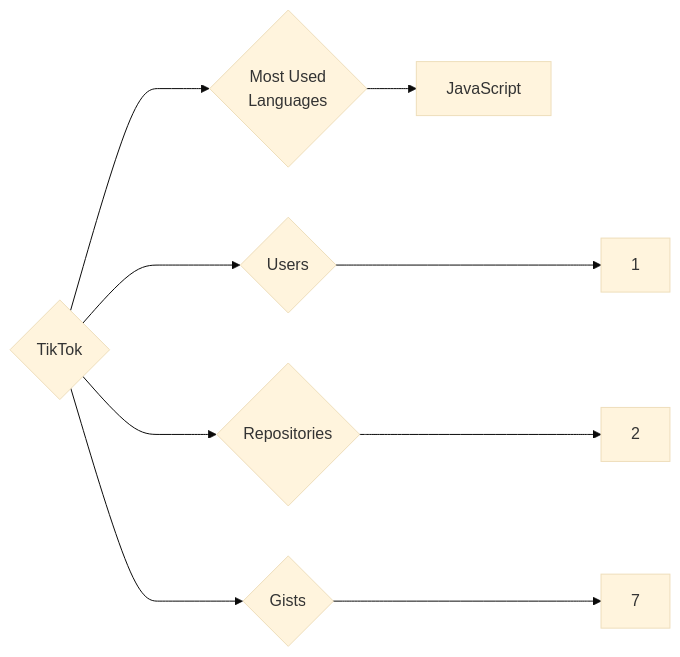
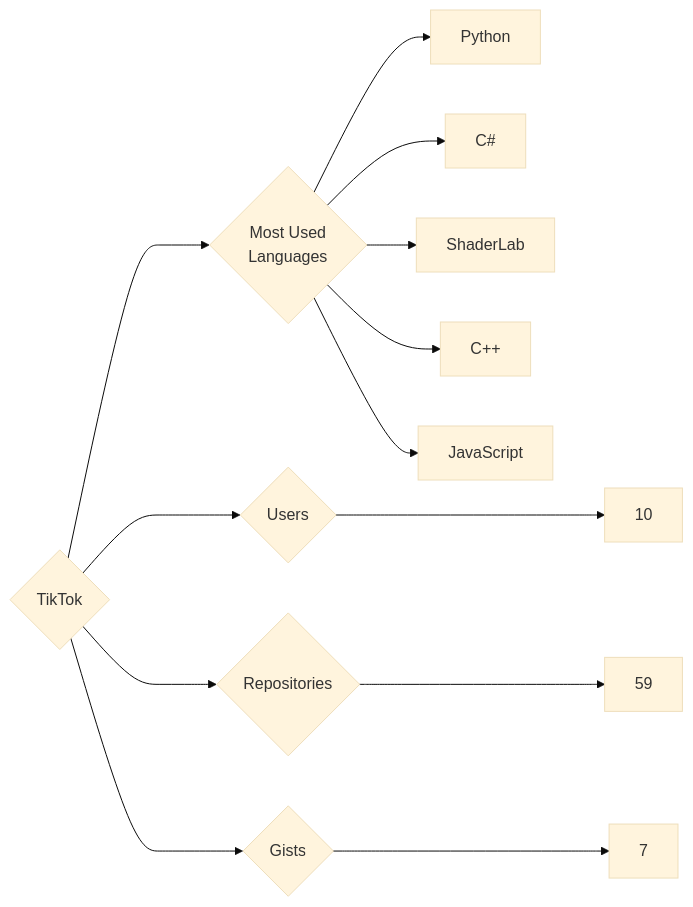
One commit to trickest/insiders changed the diagram in targets/TikTok/README.md. Above: the diagram before and after it, drawn with Mermaid (base theme). The commit also changed 823 other files, not shown here.

````diff
--- a/targets/TikTok/README.md
+++ b/targets/TikTok/README.md
@@ -3,9 +3,13 @@
 ```mermaid
 graph LR
 COMPANY_NAME{TikTok}
-COMPANY_NAME ---> U{Users} ---> UN[1]
-COMPANY_NAME ---> R{Repositories} ---> RN[2]
+COMPANY_NAME ---> U{Users} ---> UN[10]
+COMPANY_NAME ---> R{Repositories} ---> RN[59]
 COMPANY_NAME ---> G{Gists} ---> GN[7]
 COMPANY_NAME ---> ML{Most Used<br>Languages}
+ML --> Python[Python]
+ML --> C#[C#]
+ML --> ShaderLab[ShaderLab]
+ML --> C++[C++]
 ML --> JavaScript[JavaScript]
 ```
````
